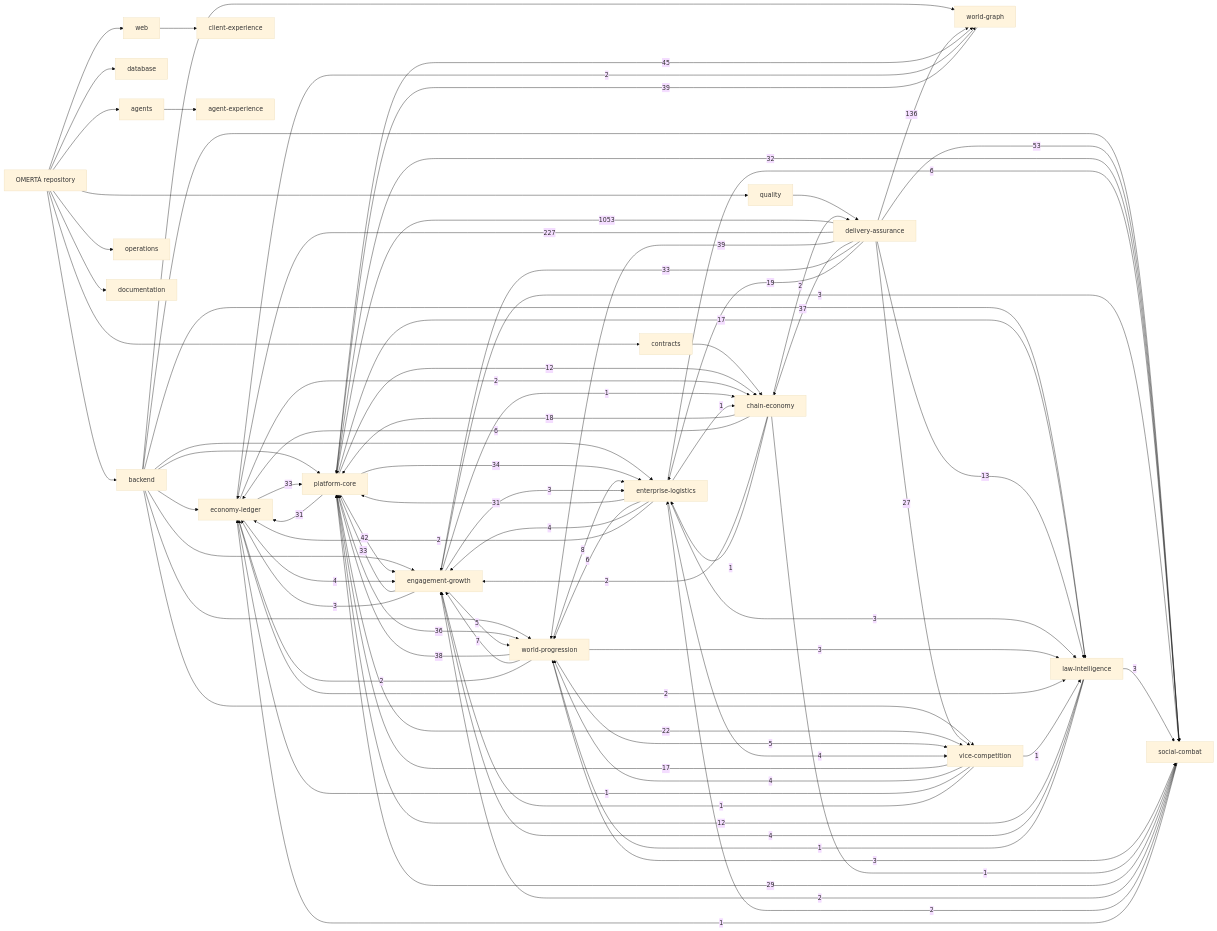
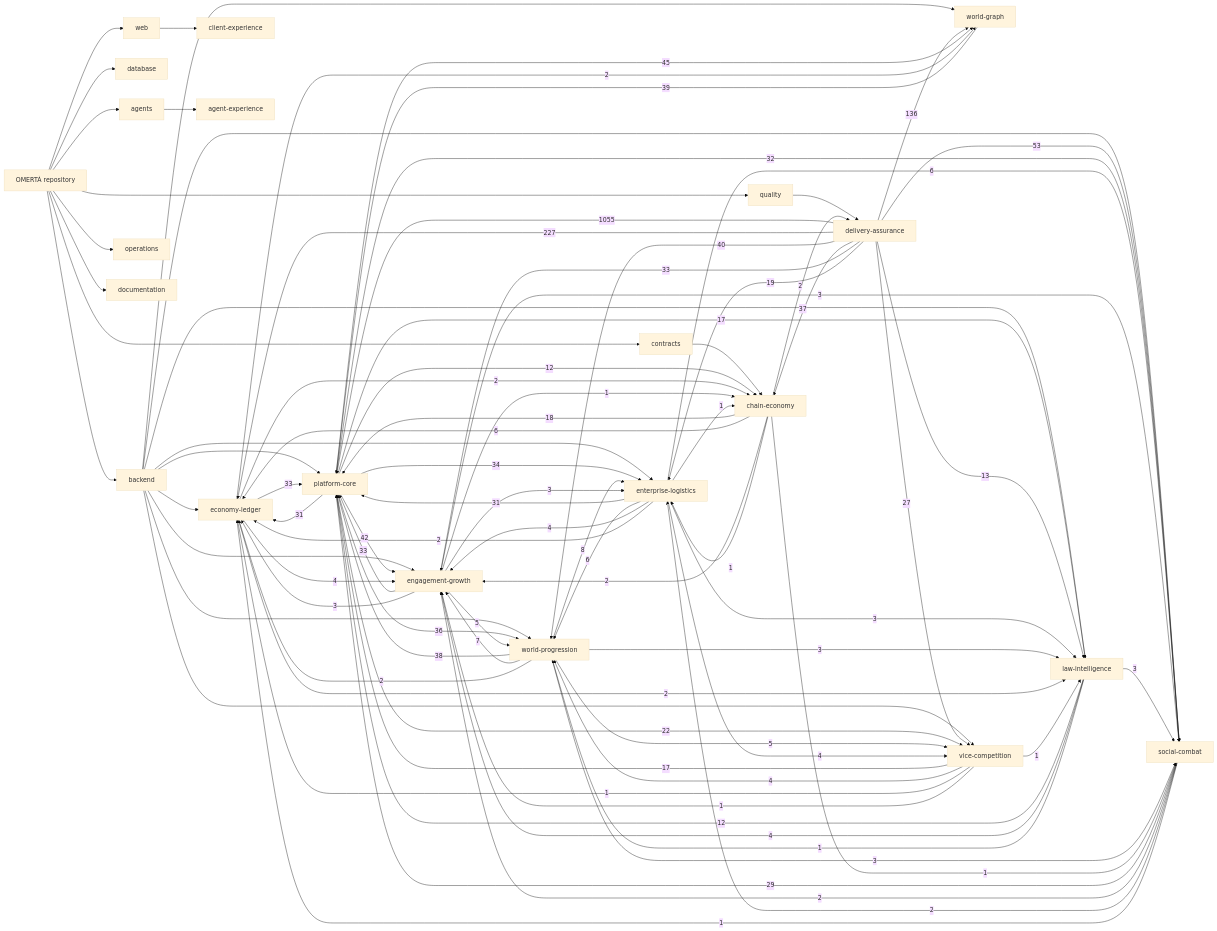
One commit to OmertaDev/Omerta changed the diagram in knowledge/generated/graph.mmd. Above: the diagram before and after it, drawn with Mermaid (base theme). The commit also changed 6 other files, not shown here.

```diff
--- a/knowledge/generated/graph.mmd
+++ b/knowledge/generated/graph.mmd
@@ -1,109 +1,109 @@
 flowchart LR
   repo["OMERTÀ repository"]
   sub_backend["backend"]
   repo --> sub_backend
   sub_database["database"]
   repo --> sub_database
   sub_web["web"]
   repo --> sub_web
   sub_contracts["contracts"]
   repo --> sub_contracts
   sub_agents["agents"]
   repo --> sub_agents
   sub_quality["quality"]
   repo --> sub_quality
   sub_operations["operations"]
   repo --> sub_operations
   sub_documentation["documentation"]
   repo --> sub_documentation
   dom_platform-core["platform-core"]
   dom_economy-ledger["economy-ledger"]
   dom_social-combat["social-combat"]
   dom_world-progression["world-progression"]
   dom_world-graph["world-graph"]
   dom_enterprise-logistics["enterprise-logistics"]
   dom_vice-competition["vice-competition"]
   dom_law-intelligence["law-intelligence"]
   dom_chain-economy["chain-economy"]
   dom_engagement-growth["engagement-growth"]
   dom_client-experience["client-experience"]
   dom_agent-experience["agent-experience"]
   dom_delivery-assurance["delivery-assurance"]
   sub_agents --> dom_agent-experience
   sub_backend --> dom_economy-ledger
   sub_backend --> dom_engagement-growth
   sub_backend --> dom_enterprise-logistics
   sub_backend --> dom_law-intelligence
   sub_backend --> dom_platform-core
   sub_backend --> dom_social-combat
   sub_backend --> dom_vice-competition
   sub_backend --> dom_world-graph
   sub_backend --> dom_world-progression
   sub_contracts --> dom_chain-economy
   sub_quality --> dom_delivery-assurance
   sub_web --> dom_client-experience
-  dom_delivery-assurance -->|1053| dom_platform-core
+  dom_delivery-assurance -->|1055| dom_platform-core
   dom_delivery-assurance -->|227| dom_economy-ledger
   dom_delivery-assurance -->|136| dom_world-graph
   dom_delivery-assurance -->|53| dom_social-combat
   dom_platform-core -->|45| dom_world-graph
   dom_platform-core -->|42| dom_engagement-growth
-  dom_delivery-assurance -->|39| dom_world-progression
+  dom_delivery-assurance -->|40| dom_world-progression
   dom_world-graph -->|39| dom_platform-core
   dom_world-progression -->|38| dom_platform-core
   dom_delivery-assurance -->|37| dom_chain-economy
   dom_platform-core -->|36| dom_world-progression
   dom_platform-core -->|34| dom_enterprise-logistics
   dom_delivery-assurance -->|33| dom_engagement-growth
   dom_economy-ledger -->|33| dom_platform-core
   dom_engagement-growth -->|33| dom_platform-core
   dom_platform-core -->|32| dom_social-combat
   dom_enterprise-logistics -->|31| dom_platform-core
   dom_platform-core -->|31| dom_economy-ledger
   dom_social-combat -->|29| dom_platform-core
   dom_delivery-assurance -->|27| dom_vice-competition
   dom_platform-core -->|22| dom_vice-competition
   dom_delivery-assurance -->|19| dom_enterprise-logistics
   dom_chain-economy -->|18| dom_platform-core
   dom_platform-core -->|17| dom_law-intelligence
   dom_vice-competition -->|17| dom_platform-core
   dom_delivery-assurance -->|13| dom_law-intelligence
   dom_law-intelligence -->|12| dom_platform-core
   dom_platform-core -->|12| dom_chain-economy
   dom_world-progression -->|8| dom_enterprise-logistics
   dom_world-progression -->|7| dom_engagement-growth
   dom_chain-economy -->|6| dom_economy-ledger
   dom_enterprise-logistics -->|6| dom_social-combat
   dom_enterprise-logistics -->|6| dom_world-progression
   dom_engagement-growth -->|5| dom_world-progression
   dom_world-progression -->|5| dom_vice-competition
   dom_economy-ledger -->|4| dom_engagement-growth
   dom_enterprise-logistics -->|4| dom_engagement-growth
   dom_enterprise-logistics -->|4| dom_vice-competition
   dom_law-intelligence -->|4| dom_engagement-growth
   dom_vice-competition -->|4| dom_world-progression
   dom_engagement-growth -->|3| dom_economy-ledger
   dom_engagement-growth -->|3| dom_enterprise-logistics
   dom_engagement-growth -->|3| dom_social-combat
   dom_enterprise-logistics -->|3| dom_law-intelligence
   dom_law-intelligence -->|3| dom_social-combat
   dom_world-progression -->|3| dom_law-intelligence
   dom_world-progression -->|3| dom_social-combat
   dom_chain-economy -->|2| dom_delivery-assurance
   dom_chain-economy -->|2| dom_engagement-growth
   dom_economy-ledger -->|2| dom_chain-economy
   dom_economy-ledger -->|2| dom_law-intelligence
   dom_economy-ledger -->|2| dom_world-graph
   dom_enterprise-logistics -->|2| dom_economy-ledger
   dom_social-combat -->|2| dom_engagement-growth
   dom_social-combat -->|2| dom_enterprise-logistics
   dom_world-progression -->|2| dom_economy-ledger
   dom_chain-economy -->|1| dom_enterprise-logistics
   dom_chain-economy -->|1| dom_social-combat
   dom_engagement-growth -->|1| dom_chain-economy
   dom_enterprise-logistics -->|1| dom_chain-economy
   dom_law-intelligence -->|1| dom_world-progression
   dom_social-combat -->|1| dom_economy-ledger
   dom_vice-competition -->|1| dom_economy-ledger
   dom_vice-competition -->|1| dom_engagement-growth
   dom_vice-competition -->|1| dom_law-intelligence
```
